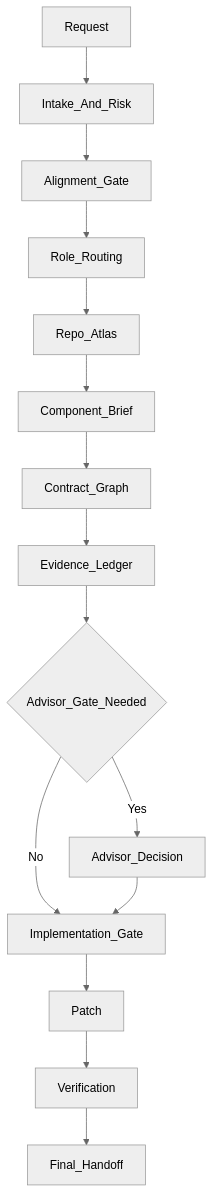
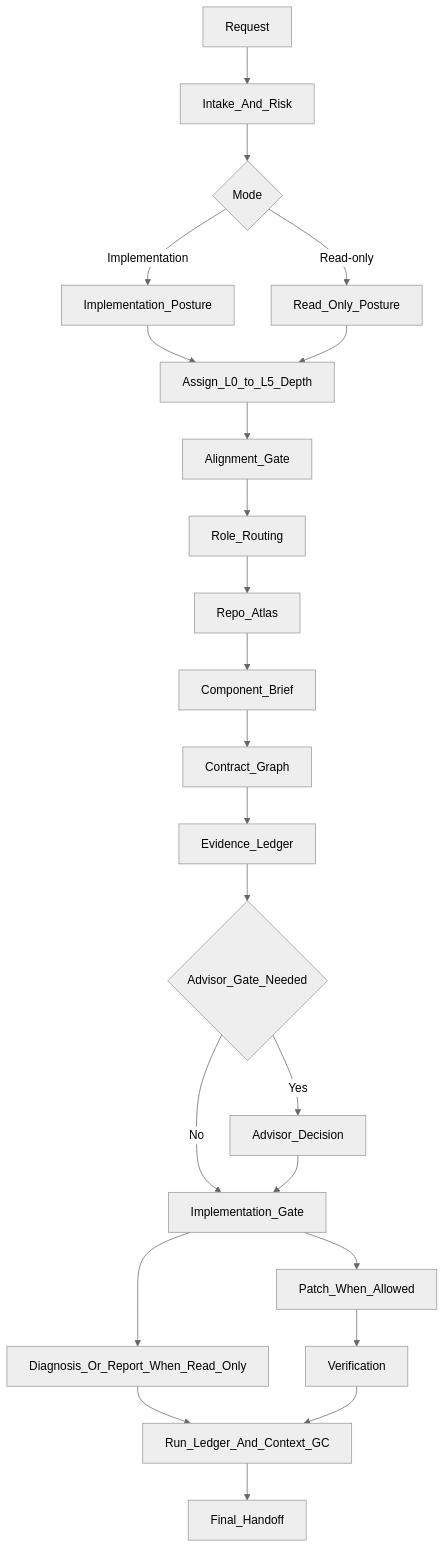
Before and after one commit to daeon/EngineeringTeam: the first of 3 diagrams in docs/workflow.md, drawn with Mermaid (neutral theme). The commit also changed other lines of this file, not shown here.

Commit message:
Update workflow docs for read-only depth and run ledger

````diff
--- a/docs/workflow.md
+++ b/docs/workflow.md
@@ -7,17 +7,25 @@
 ```mermaid
 flowchart TB
     request[Request] --> intake[Intake_And_Risk]
-    intake --> alignment[Alignment_Gate]
+    intake --> mode{Mode}
+    mode -->|Implementation| implementationPath[Implementation_Posture]
+    mode -->|Read-only| analysisPath[Read_Only_Posture]
+    implementationPath --> depth[Assign_L0_to_L5_Depth]
+    analysisPath --> depth
+    depth --> alignment[Alignment_Gate]
     alignment --> routing[Role_Routing]
     routing --> repoAtlas[Repo_Atlas]
     repoAtlas --> componentBrief[Component_Brief]
     componentBrief --> contractGraph[Contract_Graph]
     contractGraph --> evidenceLedger[Evidence_Ledger]
     evidenceLedger --> advisorGate{Advisor_Gate_Needed}
     advisorGate -->|Yes| advisor[Advisor_Decision]
     advisorGate -->|No| implementationGate[Implementation_Gate]
     advisor --> implementationGate
-    implementationGate --> patch[Patch]
+    implementationGate --> patch[Patch_When_Allowed]
+    implementationGate --> diagnosis[Diagnosis_Or_Report_When_Read_Only]
     patch --> verification[Verification]
-    verification --> handoff[Final_Handoff]
+    diagnosis --> closeout[Run_Ledger_And_Context_GC]
+    verification --> closeout
+    closeout --> handoff[Final_Handoff]
 ```
````
